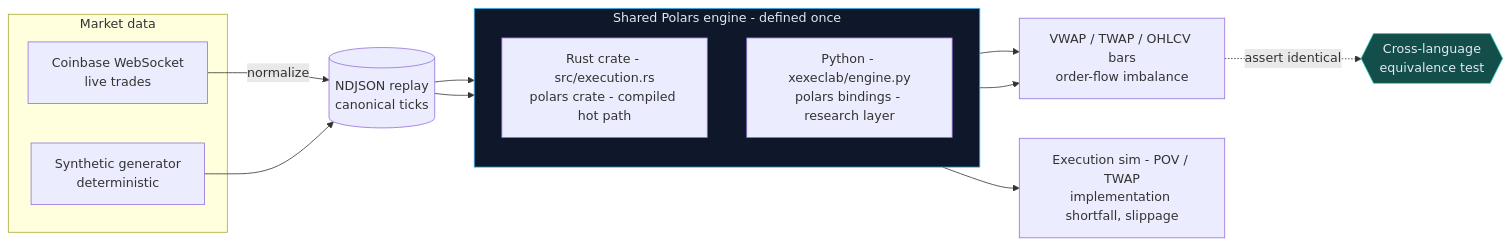
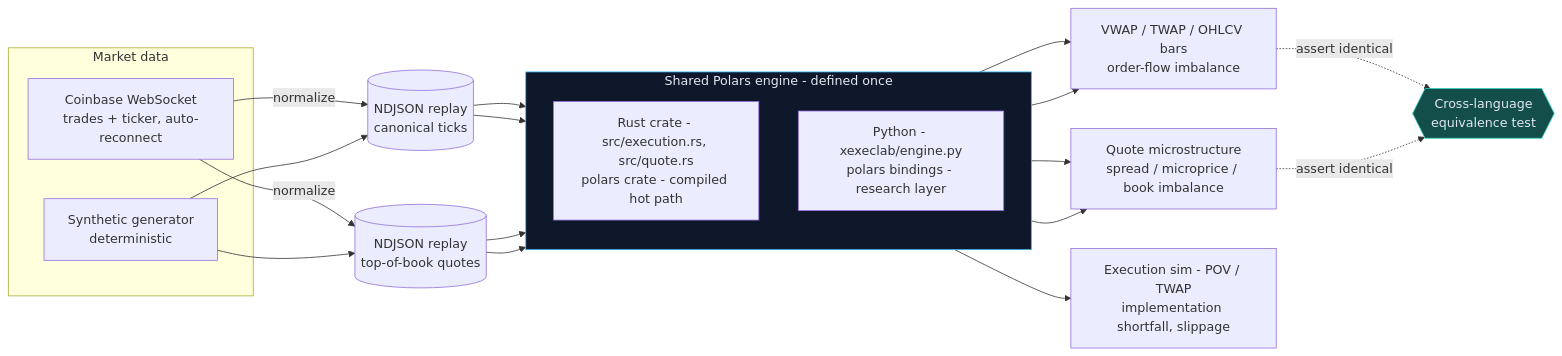
The diagram in README.md (ghoshp83/polars-execution-lab), drawn with Mermaid before and after one commit. The commit also changed other lines of this file and 5 other files, not shown here.

First line of the commit message:
docs: release v0.3.0 (top-of-book quote microstructure)

````diff
--- a/README.md
+++ b/README.md
@@ -25,27 +25,34 @@
 ```mermaid
 flowchart LR
     subgraph ingest[Market data]
-        CB[Coinbase WebSocket<br/>live trades]
+        CB[Coinbase WebSocket<br/>trades + ticker, auto-reconnect]
         SYN[Synthetic generator<br/>deterministic]
     end
     CB -->|normalize| RP[(NDJSON replay<br/>canonical ticks)]
+    CB -->|normalize| QRP[(NDJSON replay<br/>top-of-book quotes)]
     SYN --> RP
+    SYN --> QRP
 
     subgraph engine[Shared Polars engine - defined once]
         direction TB
-        RUST["Rust crate - src/execution.rs<br/>polars crate - compiled hot path"]
+        RUST["Rust crate - src/execution.rs, src/quote.rs<br/>polars crate - compiled hot path"]
         PY["Python - xexeclab/engine.py<br/>polars bindings - research layer"]
     end
 
     RP --> RUST
     RP --> PY
+    QRP --> RUST
+    QRP --> PY
 
     RUST --> BENCH[VWAP / TWAP / OHLCV bars<br/>order-flow imbalance]
     PY --> BENCH
+    RUST --> BOOK[Quote microstructure<br/>spread / microprice / book imbalance]
+    PY --> BOOK
     PY --> FILLS["Execution sim - POV / TWAP<br/>implementation shortfall, slippage"]
 
     BENCH -.->|assert identical| EQ{{Cross-language<br/>equivalence test}}
+    BOOK -.->|assert identical| EQ
 
     style engine fill:#0f172a,stroke:#38bdf8,color:#e2e8f0
     style EQ fill:#134e4a,stroke:#2dd4bf,color:#e2e8f0
 ```
````
